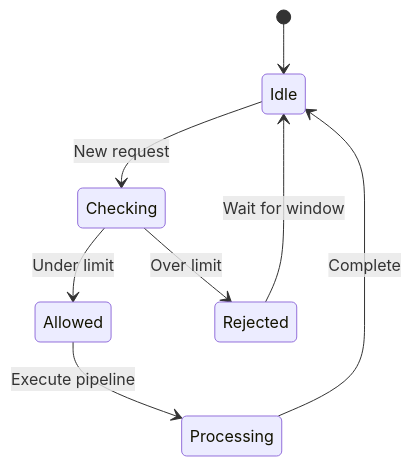
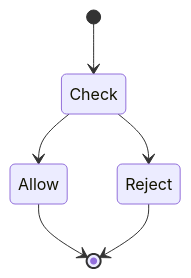
One commit to wisrovi/wpipe changed the fourth of 5 diagrams in examples/api_pipeline/11_rate_limiting/README.md. Above: the diagram before and after it, drawn with Mermaid. The commit also changed other lines of this file and 20 other files, not shown here.

First line of the commit message:
Simplify Mermaid diagrams for better rendering

````diff
--- a/examples/api_pipeline/11_rate_limiting/README.md
+++ b/examples/api_pipeline/11_rate_limiting/README.md
@@ -61,10 +52,8 @@
 ```mermaid
 stateDiagram-v2
-    [*] --> Idle
-    Idle --> Checking: New request
-    Checking --> Allowed: Under limit
-    Checking --> Rejected: Over limit
-    Allowed --> Processing: Execute pipeline
-    Rejected --> Idle: Wait for window
-    Processing --> Idle: Complete
+    [*] --> Check
+    Check --> Allow
+    Check --> Reject
+    Allow --> [*]
+    Reject --> [*]
 ```
````
